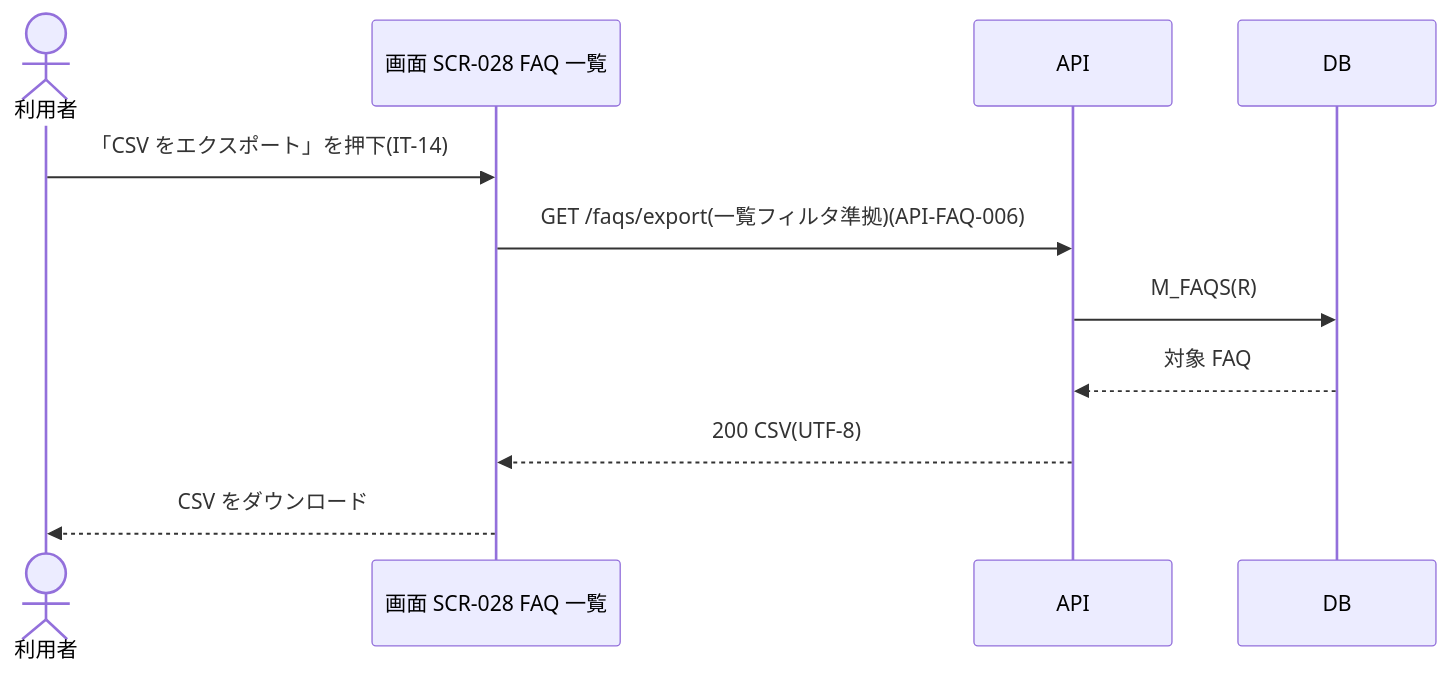
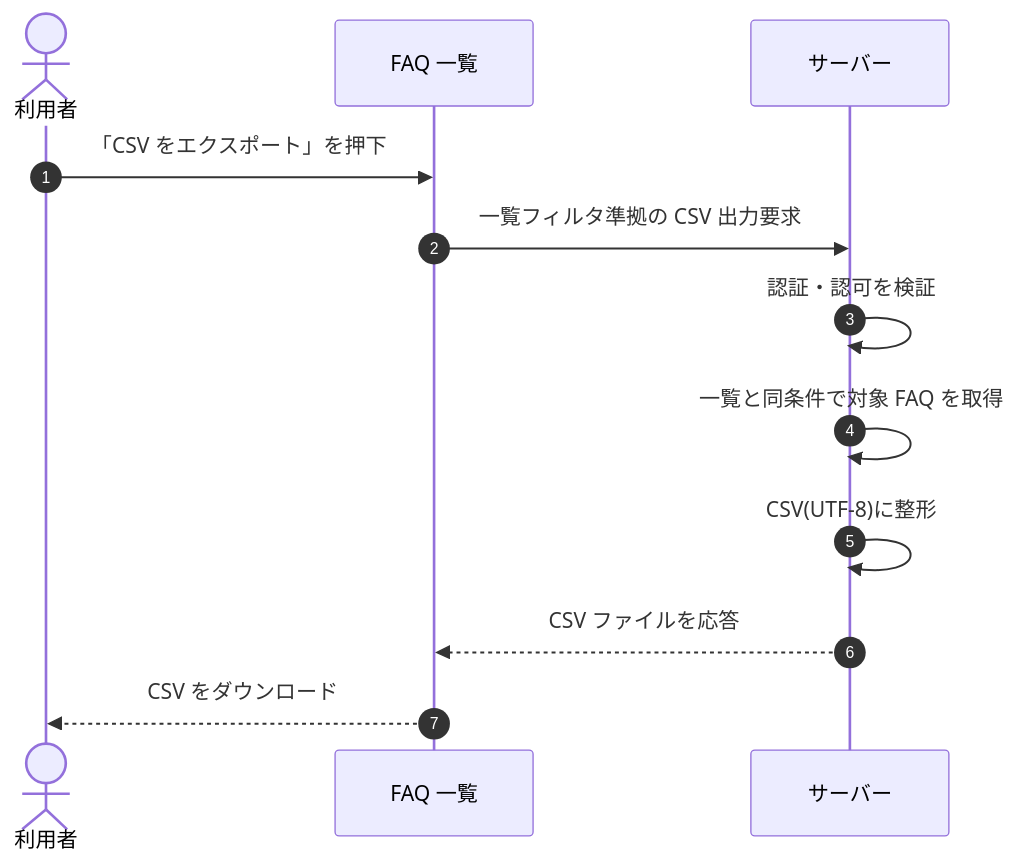
Before and after one commit to sikakou54/open-faq: the diagram in 02_basic_design/05_sequences/SEQ-031.md, drawn with Mermaid. The commit also changed other lines of this file and 108 other files, not shown here.

First line of the commit message:
基本設計: シーケンス図を基本設計粒度(ユーザー/画面/サーバー)へ再編成

````diff
--- a/02_basic_design/05_sequences/SEQ-031.md
+++ b/02_basic_design/05_sequences/SEQ-031.md
@@ -25,13 +32,14 @@
 ```mermaid
 sequenceDiagram
+  autonumber
   actor U as 利用者
-  participant S as 画面 SCR-028 FAQ 一覧
-  participant API as API
-  participant DB as DB
-  U->>S: 「CSV をエクスポート」を押下(IT-14)
-  S->>API: GET /faqs/export(一覧フィルタ準拠)(API-FAQ-006)
-  API->>DB: M_FAQS(R)
-  DB-->>API: 対象 FAQ
-  API-->>S: 200 CSV(UTF-8)
-  S-->>U: CSV をダウンロード
+  participant Screen as FAQ 一覧
+  participant Server as サーバー
+  U->>Screen: 「CSV をエクスポート」を押下
+  Screen->>Server: 一覧フィルタ準拠の CSV 出力要求
+  Server->>Server: 認証・認可を検証
+  Server->>Server: 一覧と同条件で対象 FAQ を取得
+  Server->>Server: CSV(UTF-8)に整形
+  Server-->>Screen: CSV ファイルを応答
+  Screen-->>U: CSV をダウンロード
 ```
````
